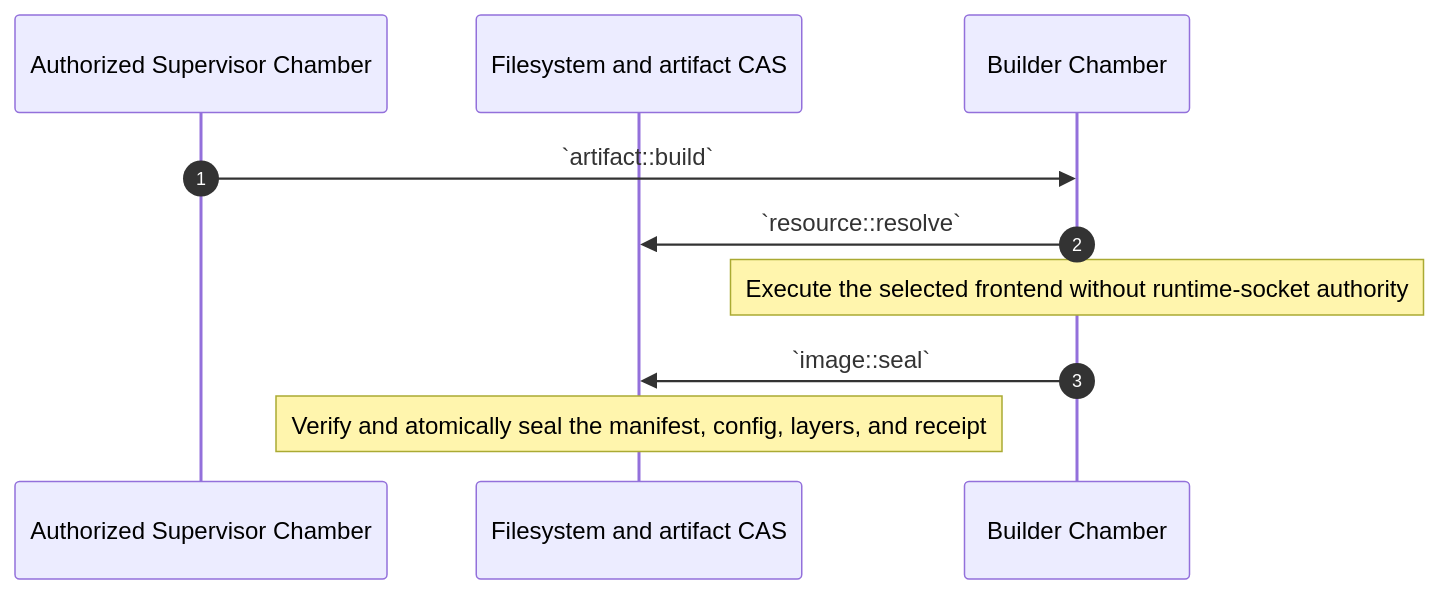
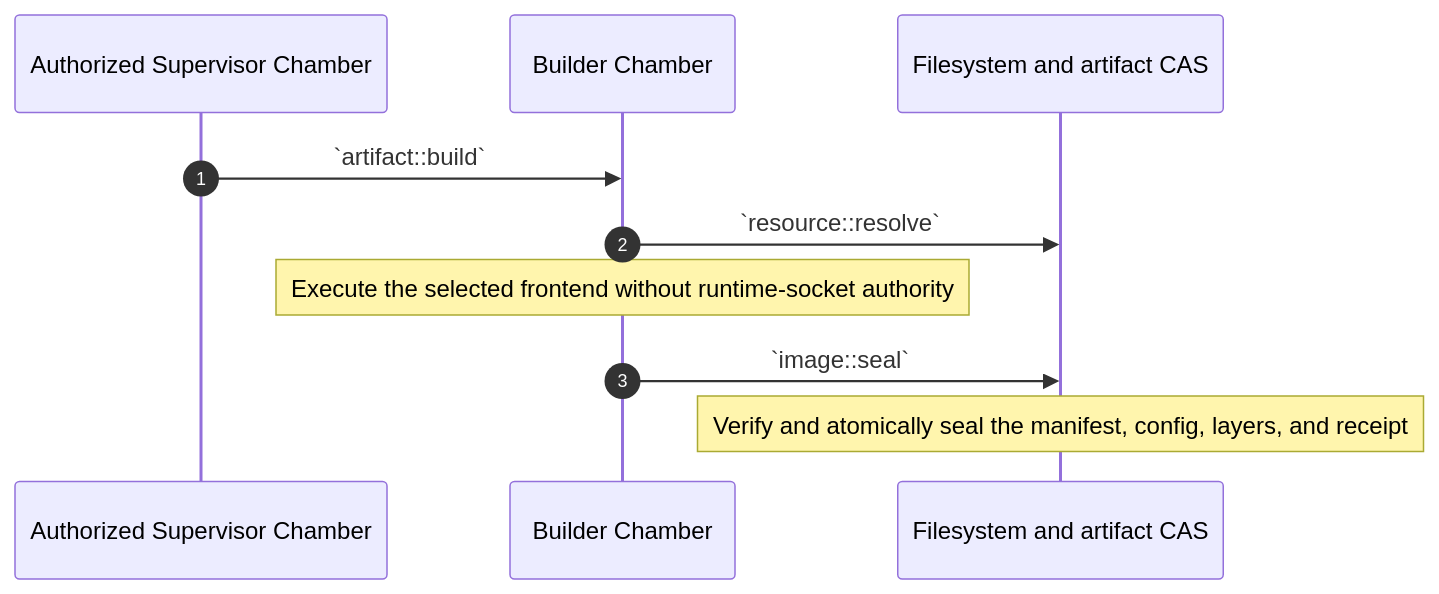
The seventh of 11 diagrams in source/chambers-lifecycle-sequences.md (dreamcatcher-tech/chambers-lifecycle-explorer), drawn with Mermaid before and after one commit. The commit also changed other lines of this file and 9 other files, not shown here.

````diff
--- a/source/chambers-lifecycle-sequences.md
+++ b/source/chambers-lifecycle-sequences.md
@@ -702,13 +724,13 @@
 ```mermaid
 sequenceDiagram
     autonumber
     participant Supervisor as Authorized Supervisor Chamber
+    participant Builder as Builder Chamber
     participant Filesystem as Filesystem and artifact CAS
-    participant Builder as Builder Chamber
 
     Supervisor->>Builder: `artifact::build`
     Builder->>Filesystem: `resource::resolve`
     Note over Builder: Execute the selected frontend without runtime-socket authority
     Builder->>Filesystem: `image::seal`
     Note over Filesystem: Verify and atomically seal the manifest, config, layers, and receipt
 ```
````
